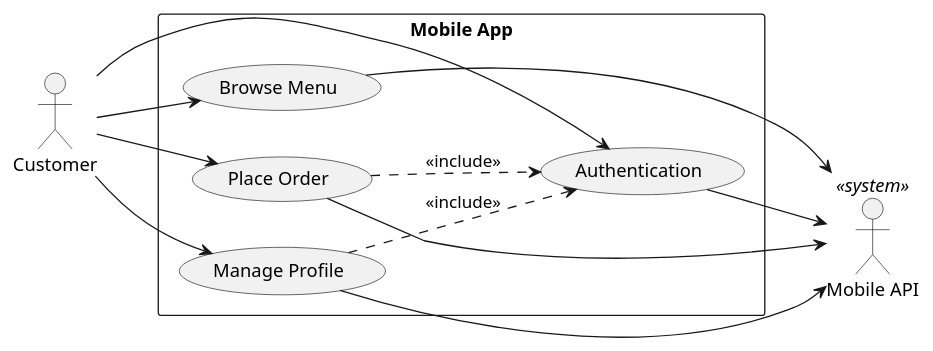
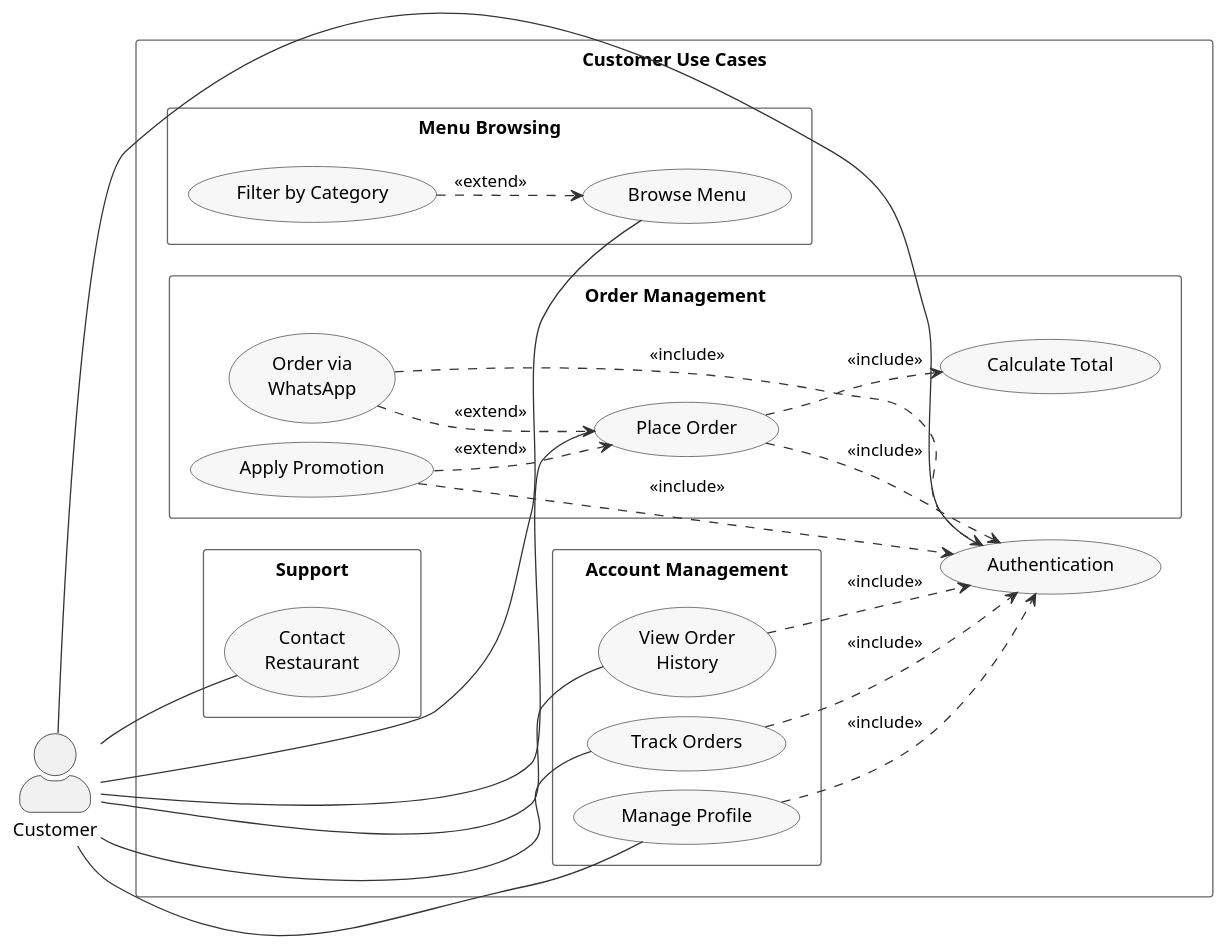
The diagram in Analyse/devide use case/customer-usecase.puml (Med-Ouallou/projet-finale-PFF), drawn with PlantUML before and after one commit. The commit also changed 19 other files, not shown here.

Commit message:
feat: add use case specifications and PlantUML diagrams for administrative, employee, and customer modules

```diff
--- a/Analyse/devide use case/customer-usecase.puml
+++ b/Analyse/devide use case/customer-usecase.puml
@@ -1,26 +1,83 @@
 @startuml
 left to right direction
+skinparam packageStyle rectangle
+skinparam actorStyle awesome
 
-actor Customer
-actor "Mobile API" as API <<system>>
-
-rectangle "Mobile App" {
-    usecase "Authentication" as Auth
-    usecase "Browse Menu" as Browse
-    usecase "Place Order" as Order
-    usecase "Manage Profile" as Profile
+' ===== STYLE =====
+skinparam backgroundColor #FFFFFF
+skinparam usecase {
+    BackgroundColor #F7F7F7
+    BorderColor #333333
+    ArrowColor #333333
+}
+skinparam actor {
+    BorderColor #000000
+}
+skinparam package {
+    BackgroundColor #FFFFFF
+    BorderColor #666666
 }
 
-Customer --> Auth
-Customer --> Browse
-Customer --> Order
-Customer --> Profile
+' ===== COMPACT LAYOUT =====
+skinparam nodesep 15
+skinparam ranksep 20
+skinparam padding 3
+skinparam packagePadding 5
+skinparam usecasePadding 5
+skinparam wrapWidth 120
 
-Order ..> Auth : <<include>>
-Profile ..> Auth : <<include>>
-Auth --> API
-Browse --> API
-Order --> API
-Profile --> API
+' ===== ACTOR =====
+actor "Customer" as Customer
+
+' ===== SYSTEM =====
+rectangle "Customer Use Cases" {
+
+    usecase "Authentication" as AuthUC
+
+    package "Menu Browsing" {
+        usecase "Browse Menu" as UC1
+        usecase "Filter by Category" as UC1EXT
+    }
+
+    package "Order Management" {
+        usecase "Place Order" as UC2
+        usecase "Order via WhatsApp" as UC2WA
+        usecase "Calculate Total" as UC2CALC
+        usecase "Apply Promotion" as UC2PROMO
+    }
+
+    package "Account Management" {
+        usecase "Track Orders" as UC3
+        usecase "Manage Profile" as UC4
+        usecase "View Order History" as UC5
+    }
+
+    package "Support" {
+        usecase "Contact Restaurant" as UC6
+    }
+
+    ' ── Authentication includes ──
+    UC2 ..> AuthUC : <<include>>
+    UC3 ..> AuthUC : <<include>>
+    UC4 ..> AuthUC : <<include>>
+    UC5 ..> AuthUC : <<include>>
+    UC2WA ..> AuthUC : <<include>>
+    UC2PROMO ..> AuthUC : <<include>>
+    
+    ' ── Other relationships ──
+    UC1EXT ..> UC1 : <<extend>>
+    UC2 ..> UC2CALC : <<include>>
+    UC2WA ..> UC2 : <<extend>>
+    UC2PROMO ..> UC2 : <<extend>>
+}
+
+' ===== ACTOR CONNECTIONS =====
+Customer -- UC1
+Customer -- UC2
+Customer -- UC3
+Customer -- UC4
+Customer -- UC5
+Customer -- UC6
+Customer -- AuthUC
 
 @enduml
```
